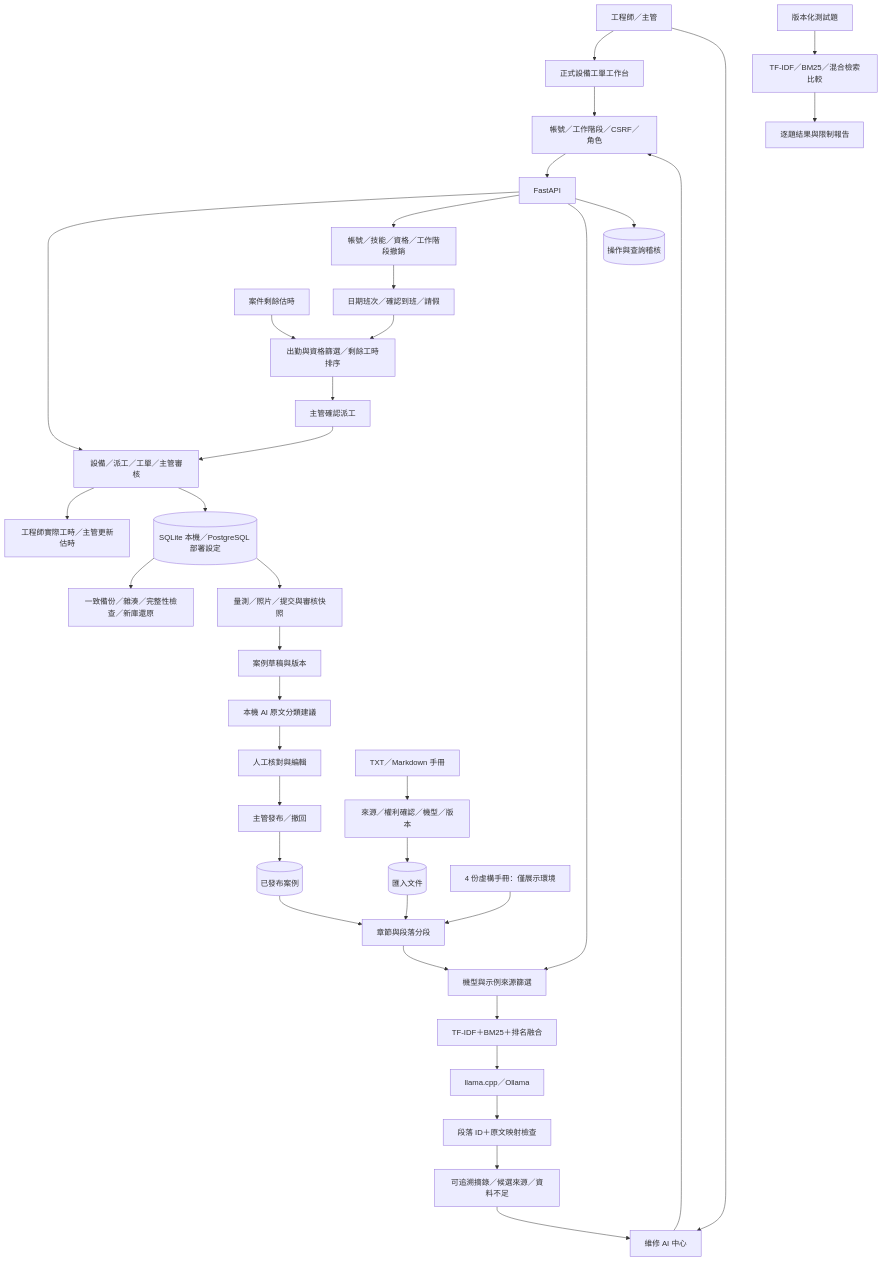
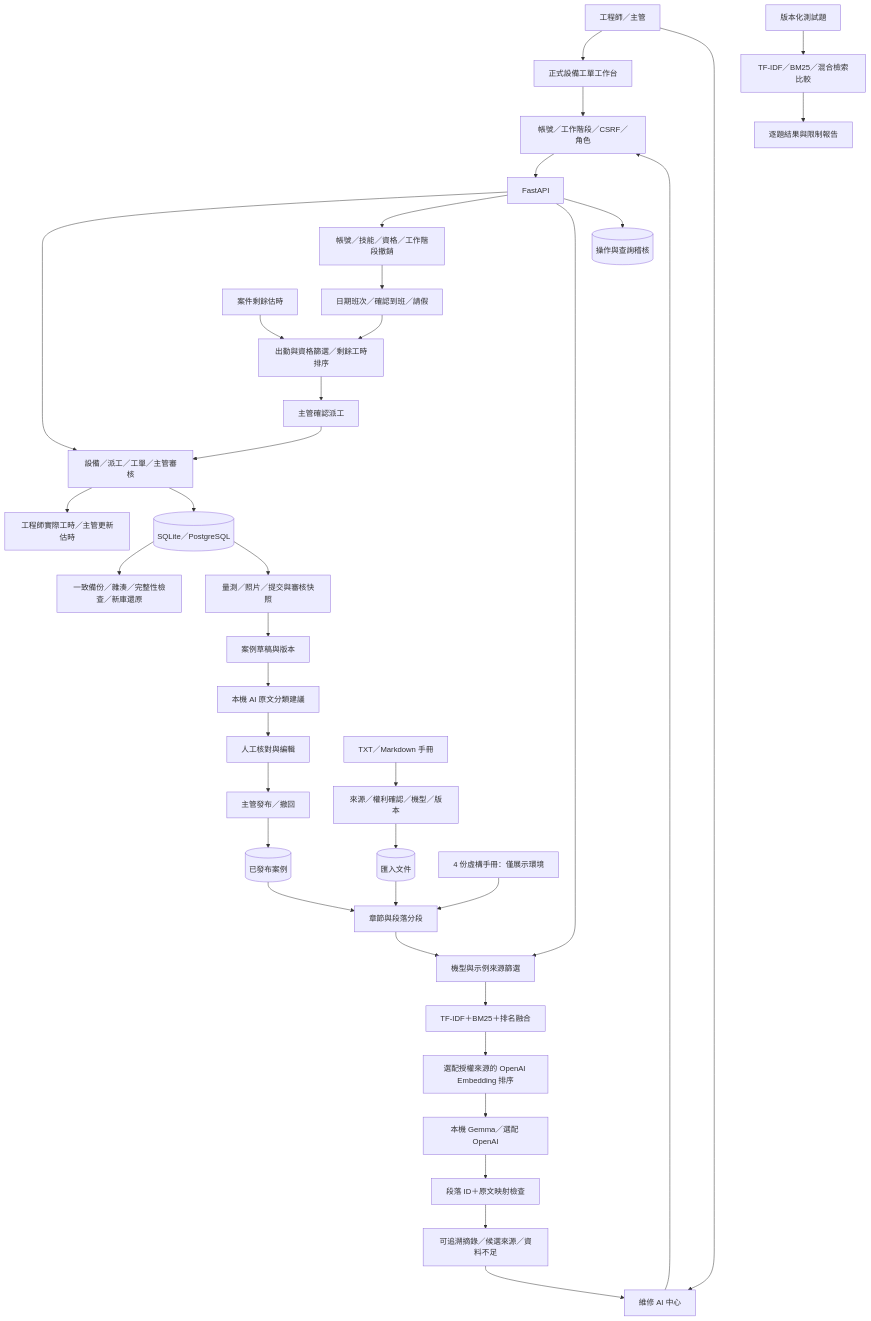
One commit to mina201199/predictfix-ai-factory changed the diagram in docs/system-architecture.md. Above: the diagram before and after it, drawn with Mermaid. The commit also changed other lines of this file and 22 other files, not shown here.

````diff
--- a/docs/system-architecture.md
+++ b/docs/system-architecture.md
@@ -5,39 +5,40 @@
 ```mermaid
 flowchart TD
     USER[工程師／主管] --> UI[正式設備工單工作台]
     USER --> CENTRE[維修 AI 中心]
     UI --> AUTH[帳號／工作階段／CSRF／角色]
     CENTRE --> AUTH
     AUTH --> API[FastAPI]
     API --> OPS[設備／派工／工單／主管審核]
     API --> ACCOUNT[帳號／技能／資格／工作階段撤銷]
     ACCOUNT --> ROSTER[日期班次／確認到班／請假]
     ROSTER --> DISPATCH[出勤與資格篩選／剩餘工時排序]
     ESTIMATE[案件剩餘估時] --> DISPATCH
     DISPATCH --> HUMAN[主管確認派工]
     HUMAN --> OPS
     OPS --> TIME[工程師實際工時／主管更新估時]
-    OPS --> DB[(SQLite 本機／PostgreSQL 部署設定)]
+    OPS --> DB[(SQLite／PostgreSQL)]
     DB --> BACKUP[一致備份／雜湊／完整性檢查／新庫還原]
     DB --> PROOF[量測／照片／提交與審核快照]
     PROOF --> DRAFT[案例草稿與版本]
     DRAFT --> EXTRACT[本機 AI 原文分類建議]
     EXTRACT --> EDIT[人工核對與編輯]
     EDIT --> PUBLISH[主管發布／撤回]
     PUBLISH --> CASES[(已發布案例)]
     FILE[TXT／Markdown 手冊] --> IMPORT[來源／權利確認／機型／版本]
     IMPORT --> MANUALS[(匯入文件)]
     BUILTIN[4 份虛構手冊：僅展示環境] --> CHUNK[章節與段落分段]
     MANUALS --> CHUNK
     CASES --> CHUNK
     API --> FILTER[機型與示例來源篩選]
     CHUNK --> FILTER
     FILTER --> SEARCH[TF-IDF＋BM25＋排名融合]
-    SEARCH --> MODEL[llama.cpp／Ollama]
+    SEARCH --> OPTIONAL[選配授權來源的 OpenAI Embedding 排序]
+    OPTIONAL --> MODEL[本機 Gemma／選配 OpenAI]
     MODEL --> VERIFY[段落 ID＋原文映射檢查]
     VERIFY --> RESULT[可追溯摘錄／候選來源／資料不足]
     RESULT --> CENTRE
     API --> AUDIT[(操作與查詢稽核)]
     BENCH[版本化測試題] --> EVAL[TF-IDF／BM25／混合檢索比較]
     EVAL --> REPORT[逐題結果與限制報告]
 ```
````
